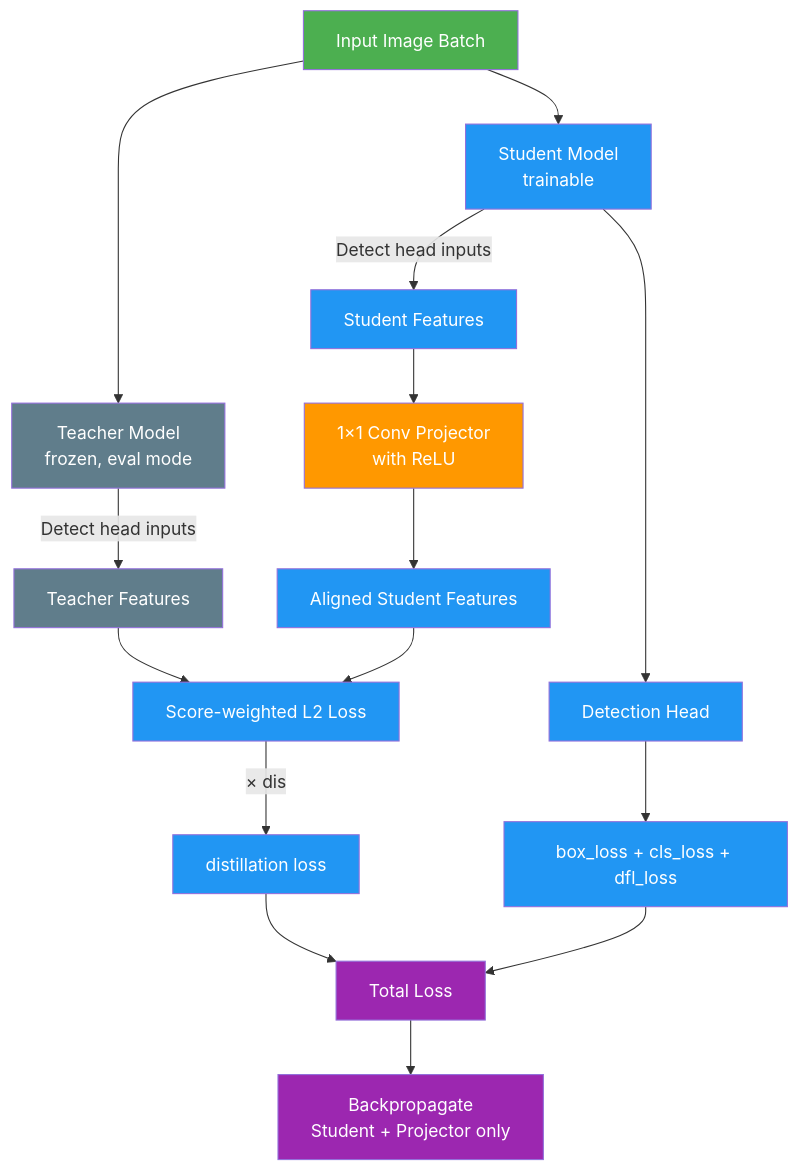
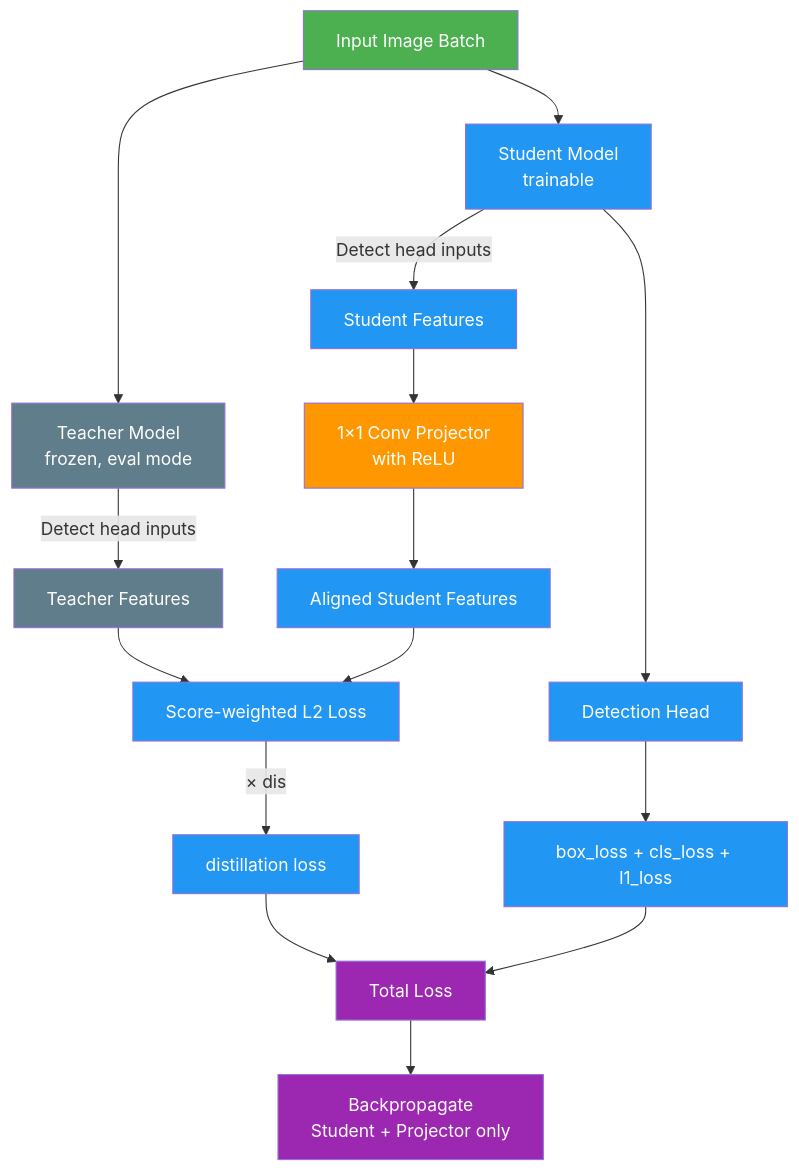
Before and after one commit to Rehman-AD/cv-yolov8-core: the diagram in docs/en/guides/knowledge-distillation.md, drawn with Mermaid. The commit also changed other lines of this file and 3 other files, not shown here.

````diff
--- a/docs/en/guides/knowledge-distillation.md
+++ b/docs/en/guides/knowledge-distillation.md
@@ -96,29 +96,29 @@
 ```mermaid
 flowchart TD
     A[Input Image Batch]:::start --> T[Teacher Model<br/>frozen, eval mode]:::extern
     A --> S[Student Model<br/>trainable]:::proc
 
     T --> |Detect head inputs| TF[Teacher Features]:::extern
     S --> |Detect head inputs| SF[Student Features]:::proc
 
     SF --> P[1×1 Conv Projector<br/>with ReLU]:::decide
     P --> AF[Aligned Student Features]:::proc
 
     TF --> SW[Score-weighted L2 Loss]:::proc
     AF --> SW
 
     S --> D[Detection Head]:::proc
-    D --> DL[box_loss + cls_loss + dfl_loss]:::proc
+    D --> DL[box_loss + cls_loss + l1_loss]:::proc
 
     SW --> |× dis| DIS[distillation loss]:::proc
     DL --> TOTAL[Total Loss]:::out
     DIS --> TOTAL
 
     TOTAL --> BP[Backpropagate<br/>Student + Projector only]:::out
 
     classDef start fill:#4CAF50,color:#fff
     classDef proc fill:#2196F3,color:#fff
     classDef decide fill:#FF9800,color:#fff
     classDef out fill:#9C27B0,color:#fff
     classDef extern fill:#607D8B,color:#fff
 ```
````
